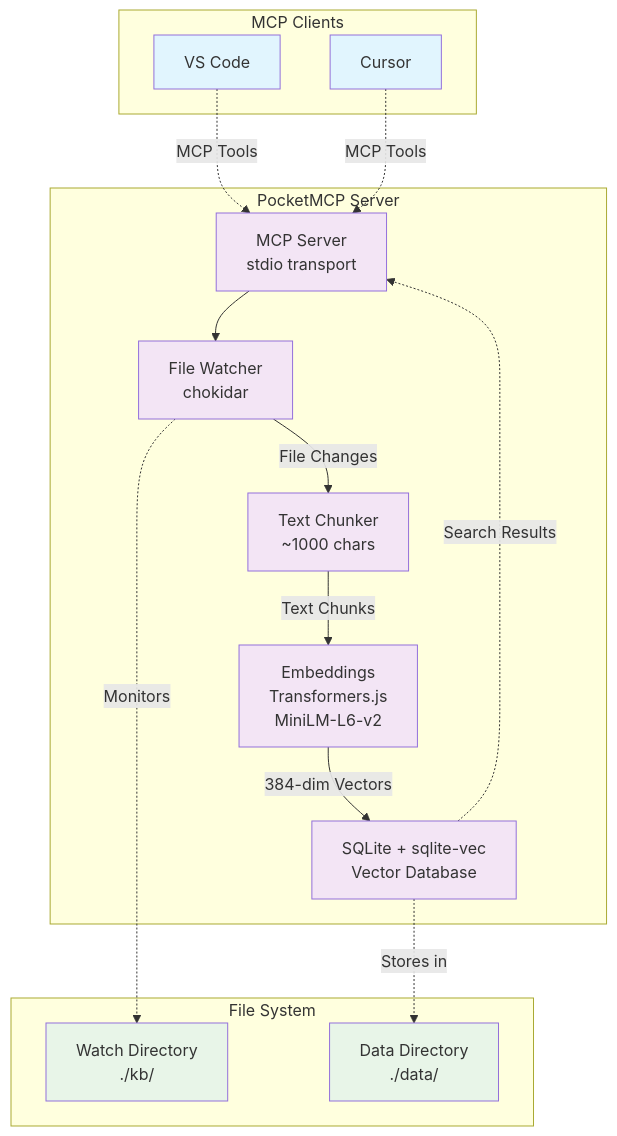
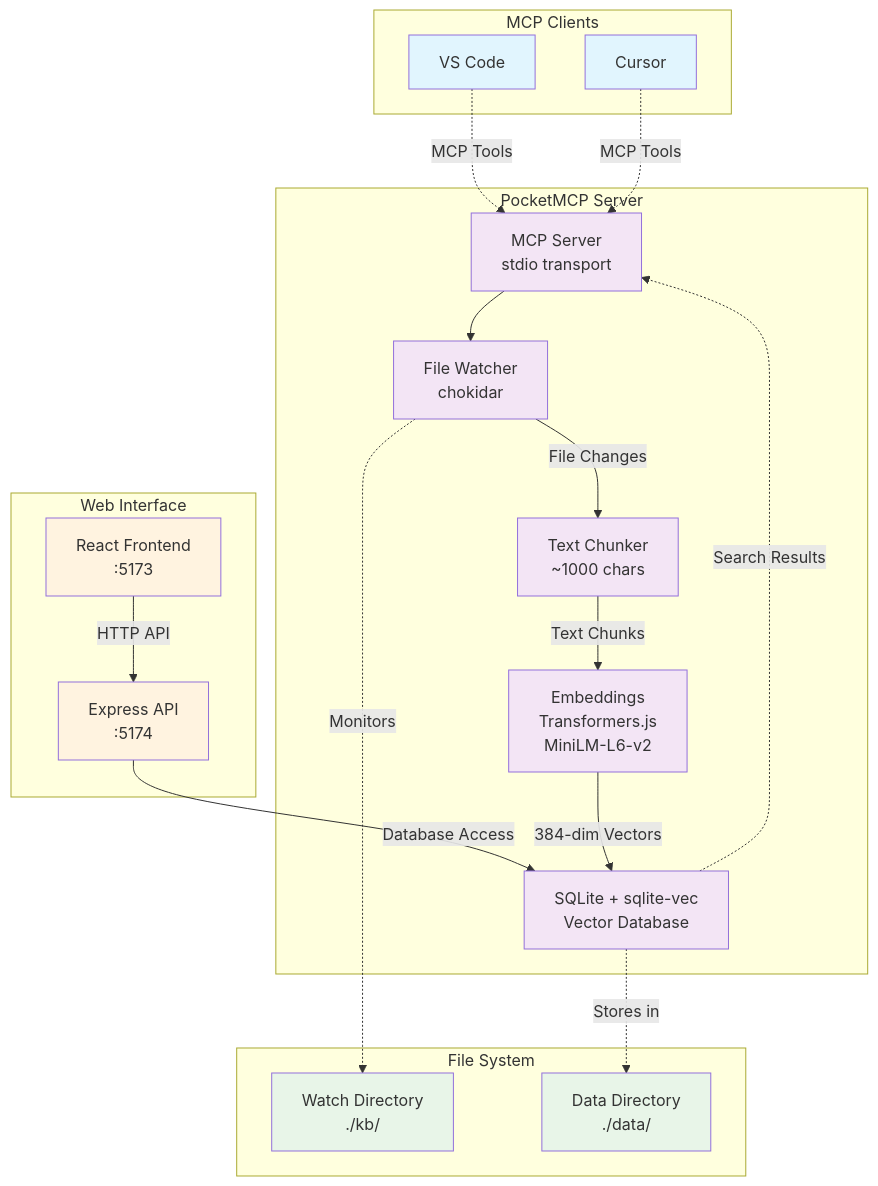
One commit to Kailash-Sankar/PocketMCP changed the diagram in README.md. Above: the diagram before and after it, drawn with Mermaid. The commit also changed other lines of this file and 24 other files, not shown here.

Commit message:
added web and app api

````diff
--- a/README.md
+++ b/README.md
@@ -7,38 +394,47 @@
 ```mermaid
 flowchart TD
     subgraph "MCP Clients"
         A[VS Code] 
         B[Cursor]
+    end
+    
+    subgraph "Web Interface"
+        W1[React Frontend<br/>:5173]
+        W2[Express API<br/>:5174]
     end
     
     subgraph "PocketMCP Server"
         C[MCP Server<br/>stdio transport]
         D[File Watcher<br/>chokidar]
         E[Text Chunker<br/>~1000 chars]
         F[Embeddings<br/>Transformers.js<br/>MiniLM-L6-v2]
         G[SQLite + sqlite-vec<br/>Vector Database]
     end
     
     subgraph "File System"
         H[Watch Directory<br/>./kb/]
         I[Data Directory<br/>./data/]
     end
     
     A -.->|MCP Tools| C
     B -.->|MCP Tools| C
+    W1 -->|HTTP API| W2
+    W2 -->|Database Access| G
     C --> D
     D -->|File Changes| E
     E -->|Text Chunks| F
     F -->|384-dim Vectors| G
     G -.->|Search Results| C
     D -.->|Monitors| H
     G -.->|Stores in| I
     
     classDef mcpClient fill:#e1f5fe
+    classDef webInterface fill:#fff3e0
     classDef server fill:#f3e5f5
     classDef storage fill:#e8f5e8
     
     class A,B mcpClient
+    class W1,W2 webInterface
     class C,D,E,F,G server
     class H,I storage
 ```
````
